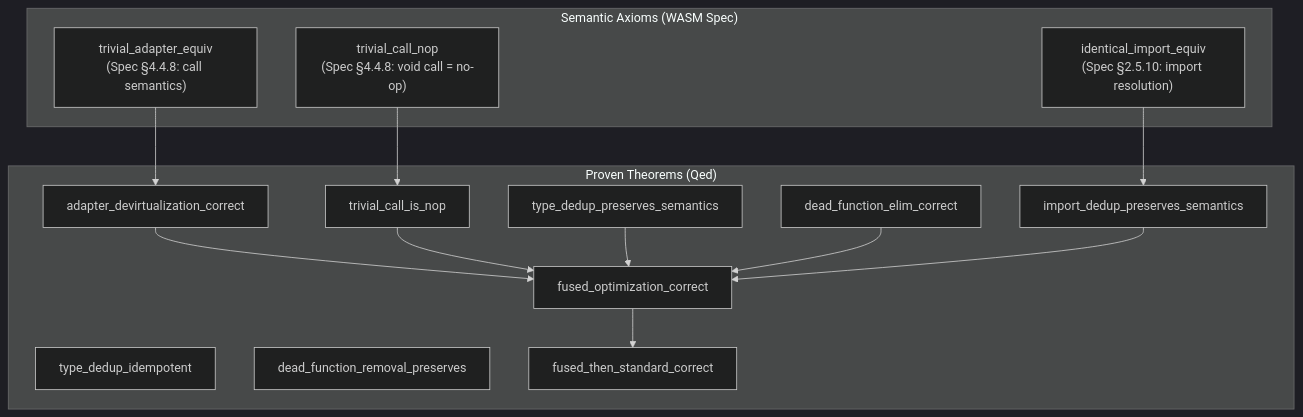
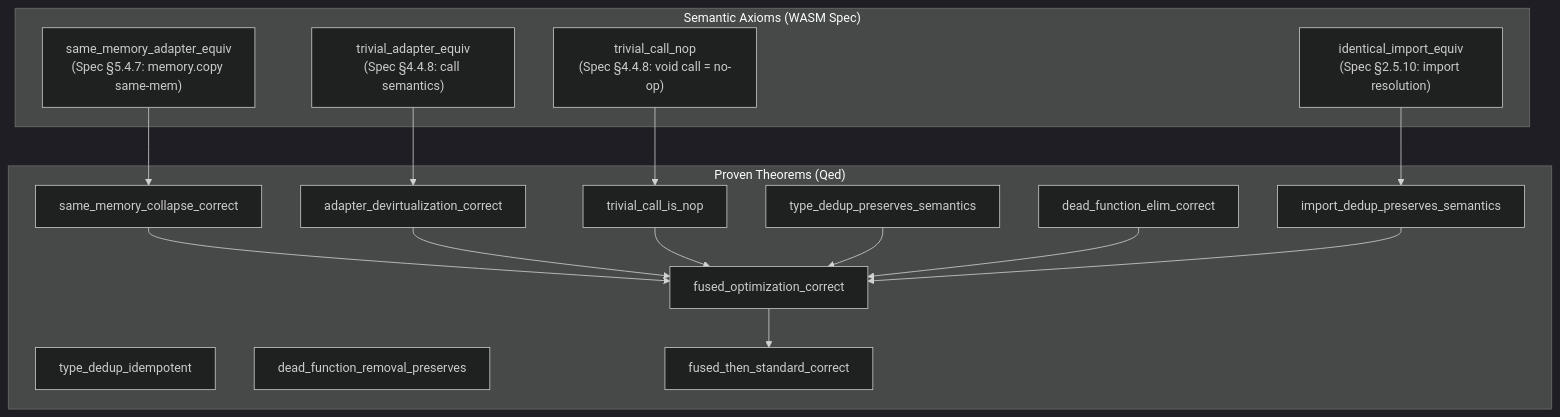
One commit to pulseengine/loom changed the sixth of 8 diagrams in docs/design/fused-component-optimization.md. Above: the diagram before and after it, drawn with Mermaid (dark theme). The commit also changed other lines of this file and 3 other files, not shown here.

First line of the commit message:
feat(fused): add Pass 0 same-memory adapter collapse for single-memory modules

````diff
--- a/docs/design/fused-component-optimization.md
+++ b/docs/design/fused-component-optimization.md
@@ -213,30 +245,34 @@
 ```mermaid
 flowchart TD
     subgraph axioms["Semantic Axioms (WASM Spec)"]
+        A0["same_memory_adapter_equiv\n(Spec §5.4.7: memory.copy same-mem)"]
         A1["trivial_adapter_equiv\n(Spec §4.4.8: call semantics)"]
         A2["identical_import_equiv\n(Spec §2.5.10: import resolution)"]
         A3["trivial_call_nop\n(Spec §4.4.8: void call = no-op)"]
     end
 
     subgraph proven["Proven Theorems (Qed)"]
+        SM["same_memory_collapse_correct"]
         AD["adapter_devirtualization_correct"]
         TC["trivial_call_is_nop"]
         TP["type_dedup_preserves_semantics"]
         TI["type_dedup_idempotent"]
         DE["dead_function_elim_correct"]
         DR["dead_function_removal_preserves"]
         IP["import_dedup_preserves_semantics"]
         FC["fused_optimization_correct"]
         FS["fused_then_standard_correct"]
     end
 
+    A0 --> SM
     A1 --> AD
     A2 --> IP
     A3 --> TC
+    SM --> FC
     AD --> FC
     TC --> FC
     TP --> FC
     DE --> FC
     IP --> FC
     FC --> FS
 ```
````
